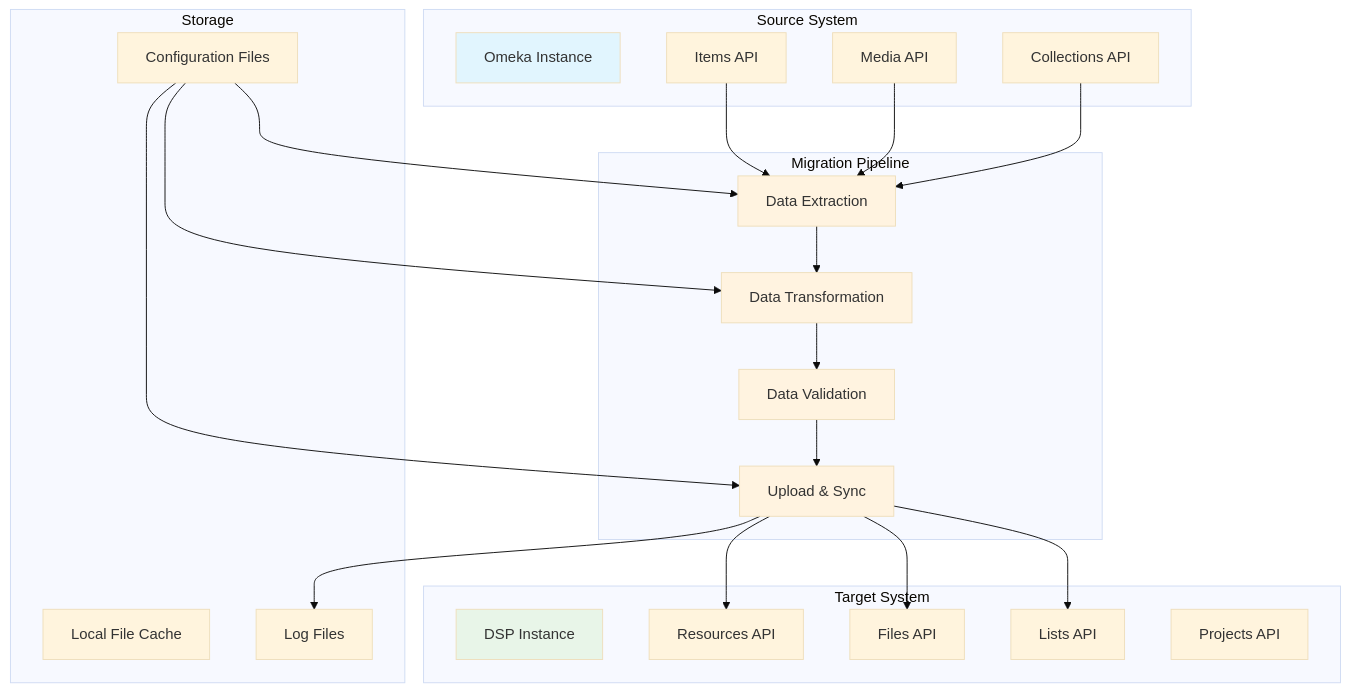
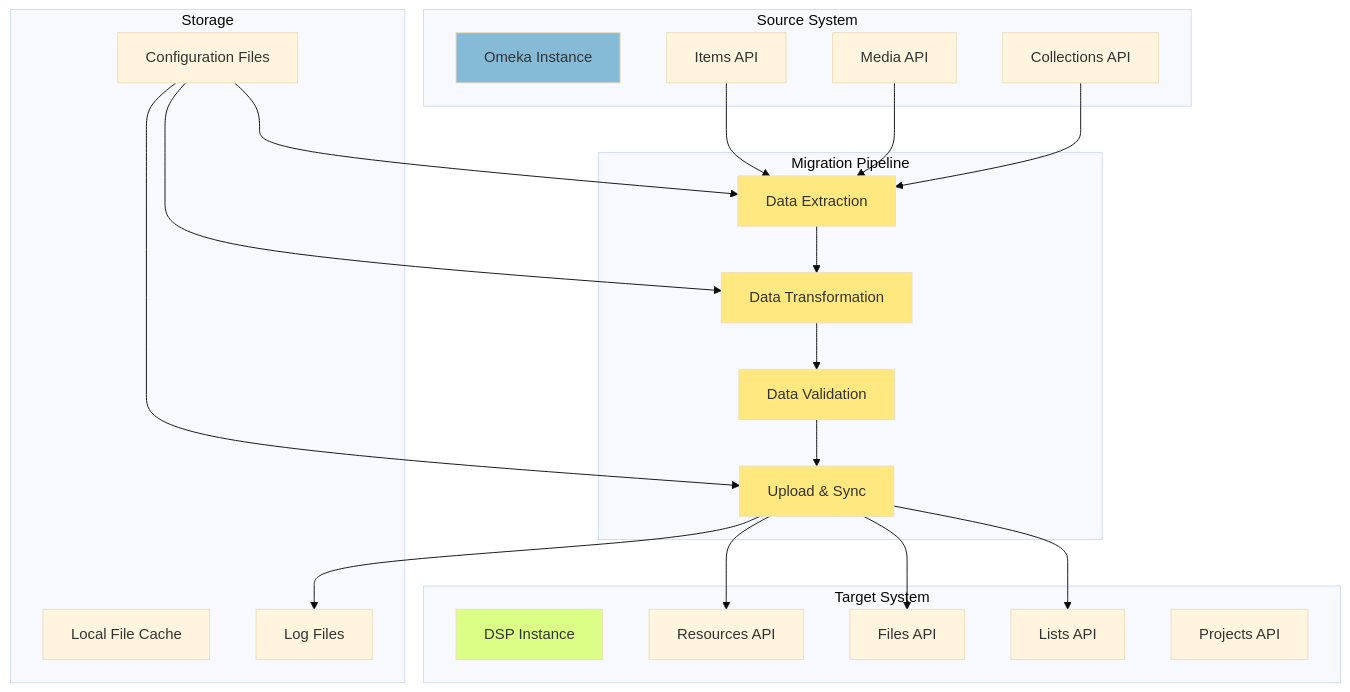
One commit to Stadt-Geschichte-Basel/omeka2dsp changed the first of 9 diagrams in docs/architecture/index.qmd. Above: the diagram before and after it, drawn with Mermaid (base theme). The commit also changed other lines of this file and 22 other files, not shown here.

````diff
--- a/docs/architecture/index.qmd
+++ b/docs/architecture/index.qmd
@@ -12,55 +12,55 @@
 ```{mermaid}
 graph TB
     subgraph "Source System"
         A[Omeka Instance]
         A1[Items API]
         A2[Media API]
         A3[Collections API]
     end
     
     subgraph "Migration Pipeline"
         B[Data Extraction]
         C[Data Transformation]
         D[Data Validation]
         E[Upload & Sync]
     end
     
     subgraph "Target System"
         F[DSP Instance]
         F1[Resources API]
         F2[Files API]
         F3[Lists API]
         F4[Projects API]
     end
     
     subgraph "Storage"
         G[Local File Cache]
         H[Configuration Files]
         I[Log Files]
     end
     
     A1 --> B
     A2 --> B
     A3 --> B
     
     B --> C
     C --> D
     D --> E
     
     E --> F1
     E --> F2
     E --> F3
     
     H --> B
     H --> C
     H --> E
     
     E --> I
     
-    style A fill:#e1f5fe
-    style F fill:#e8f5e8
-    style B fill:#fff3e0
-    style C fill:#fff3e0
-    style D fill:#fff3e0
-    style E fill:#fff3e0
+    style A fill:#86bbd8
+    style F fill:#dbfe87
+    style B fill:#ffe880
+    style C fill:#ffe880
+    style D fill:#ffe880
+    style E fill:#ffe880
 ```
````
